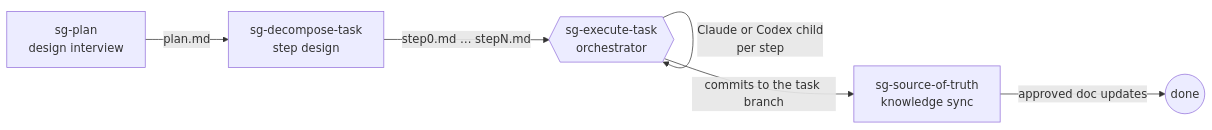
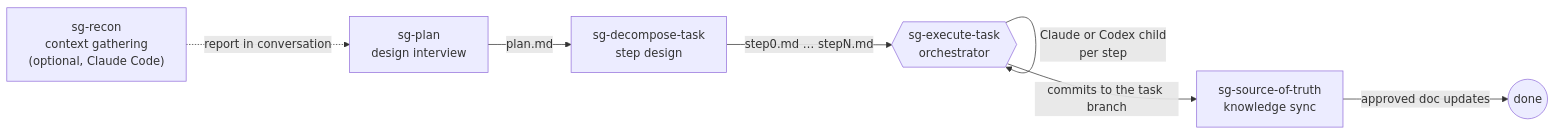
One commit to han0001/sg-harness changed the diagram in README.md. Above: the diagram before and after it, drawn with Mermaid. The commit also changed other lines of this file and 5 other files, not shown here.

First line of the commit message:
feat: add sg-recon stage for pre-design context gathering (#11)

````diff
--- a/README.md
+++ b/README.md
@@ -12,8 +12,9 @@
 ```mermaid
 flowchart LR
+    R["sg-recon<br/>context gathering<br/>(optional, Claude Code)"] -.->|"report in conversation"| A
     A["sg-plan<br/>design interview"] -->|plan.md| B["sg-decompose-task<br/>step design"]
     B -->|"step0.md … stepN.md"| C{{"sg-execute-task<br/>orchestrator"}}
     C -->|"Claude or Codex child<br/>per step"| C
     C -->|"commits to the task branch"| D["sg-source-of-truth<br/>knowledge sync"]
     D -->|"approved doc updates"| E(("done"))
 ```
````
